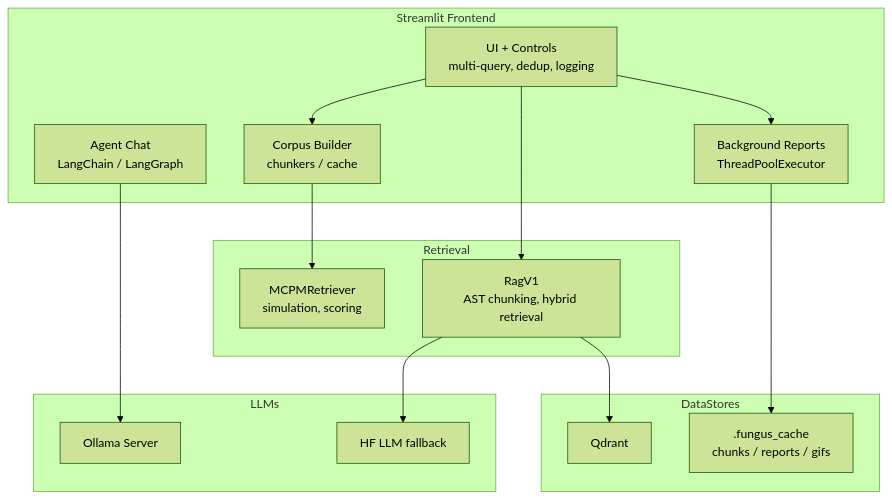
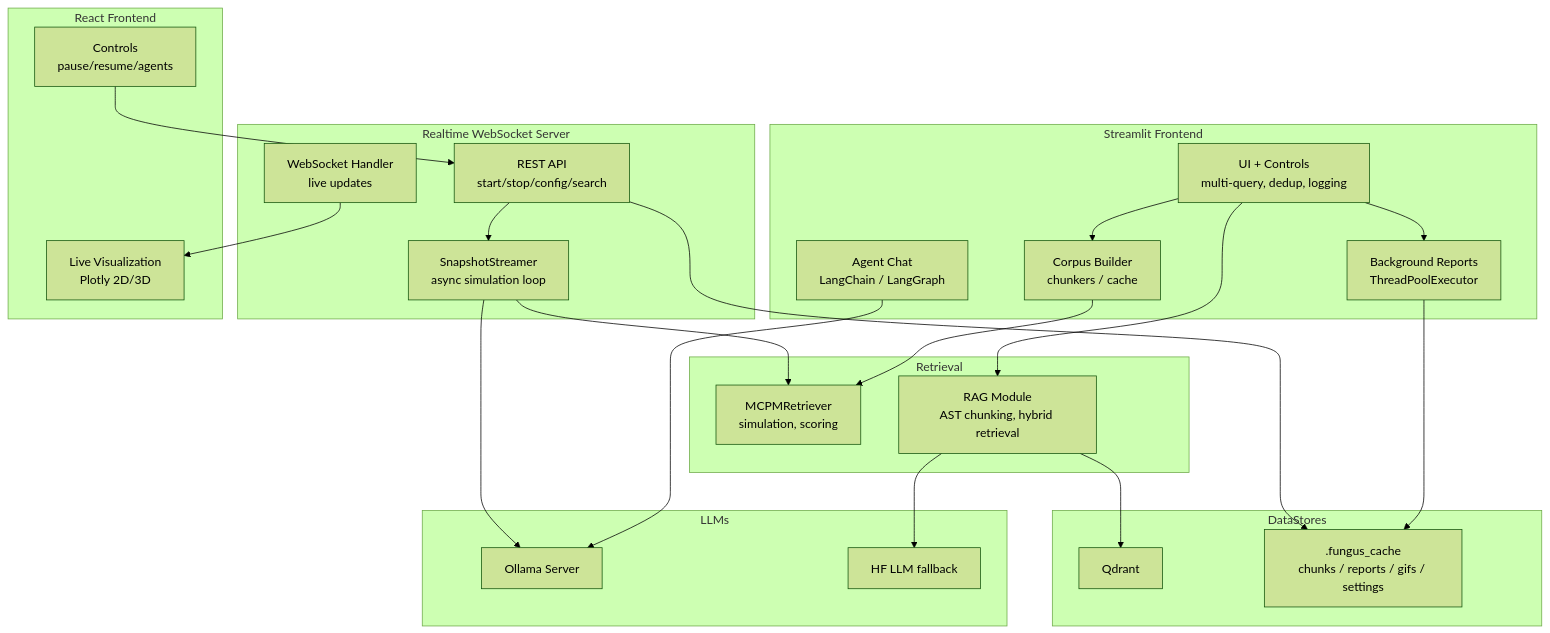
Before and after one commit to Flissel/la_fungus_search: the second of 4 diagrams in docs/ARCHITECTURE.md, drawn with Mermaid (forest theme). The commit also changed other lines of this file and 5 other files, not shown here.

First line of the commit message:
feat: Add realtime WebSocket server and API

````diff
--- a/docs/ARCHITECTURE.md
+++ b/docs/ARCHITECTURE.md
@@ -23,33 +32,47 @@
 ```mermaid
 graph TB
-  subgraph Frontend [Streamlit Frontend]
+  subgraph StreamlitFE [Streamlit Frontend]
     UI[UI + Controls<br/>multi-query, dedup, logging]
     AG[Agent Chat<br/>LangChain / LangGraph]
     CORP[Corpus Builder<br/>chunkers / cache]
     BG[Background Reports<br/>ThreadPoolExecutor]
   end
 
+  subgraph RealtimeServer [Realtime WebSocket Server]
+    WS[WebSocket Handler<br/>live updates]
+    API[REST API<br/>start/stop/config/search]
+    STREAM[SnapshotStreamer<br/>async simulation loop]
+  end
+
+  subgraph ReactFE [React Frontend]
+    VIZ[Live Visualization<br/>Plotly 2D/3D]
+    CONTROLS[Controls<br/>pause/resume/agents]
+  end
+
   subgraph Retrieval
     MCMP[MCPMRetriever<br/>simulation, scoring]
-    RAG[RagV1<br/>AST chunking, hybrid retrieval]
+    RAG[RAG Module<br/>AST chunking, hybrid retrieval]
   end
-
-  %% Services section removed (API deleted)
 
   subgraph DataStores
     Q[Qdrant]
-    C[.fungus_cache<br/>chunks / reports / gifs]
+    C[.fungus_cache<br/>chunks / reports / gifs / settings]
   end
 
   subgraph LLMs
     OLL[Ollama Server]
     HFL[HF LLM fallback]
   end
 
   UI --> CORP --> MCMP
   UI --> RAG --> Q
   AG --> OLL
   RAG --> HFL
   UI --> BG --> C
-  %% API links removed
+  
+  WS --> VIZ
+  API --> STREAM --> MCMP
+  STREAM --> OLL
+  API --> C
+  CONTROLS --> API
 ```
````
